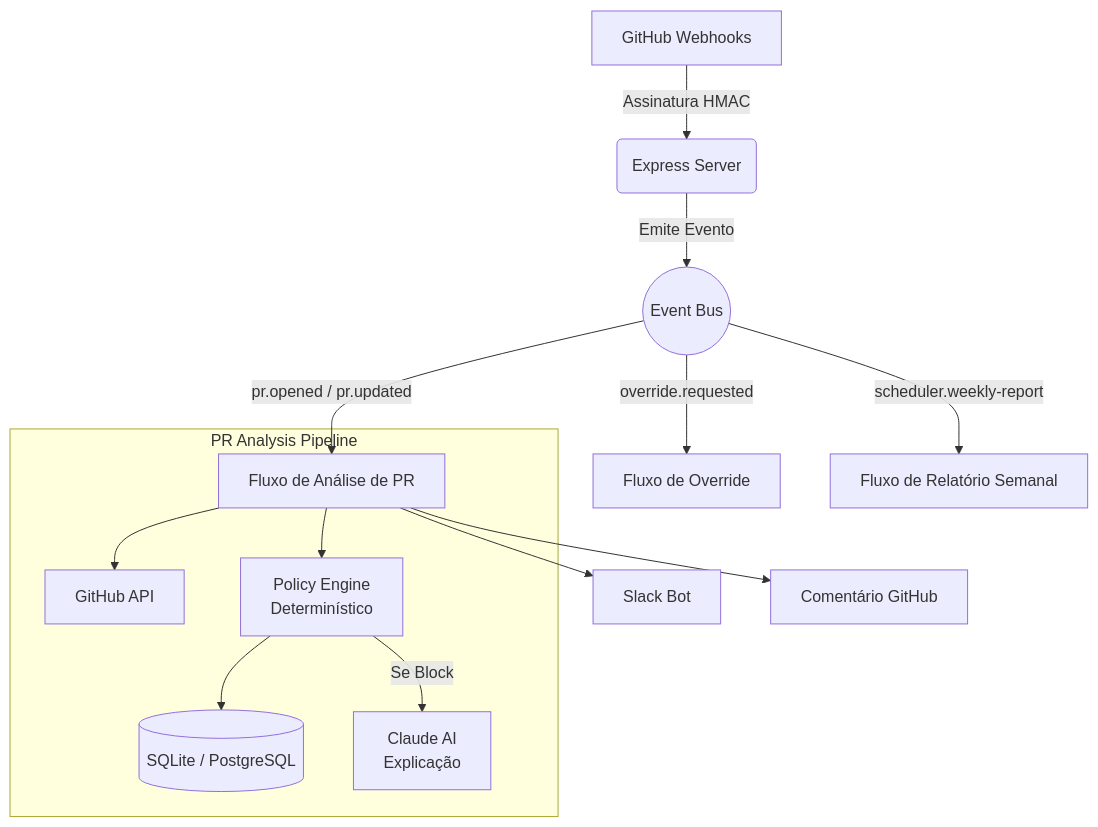
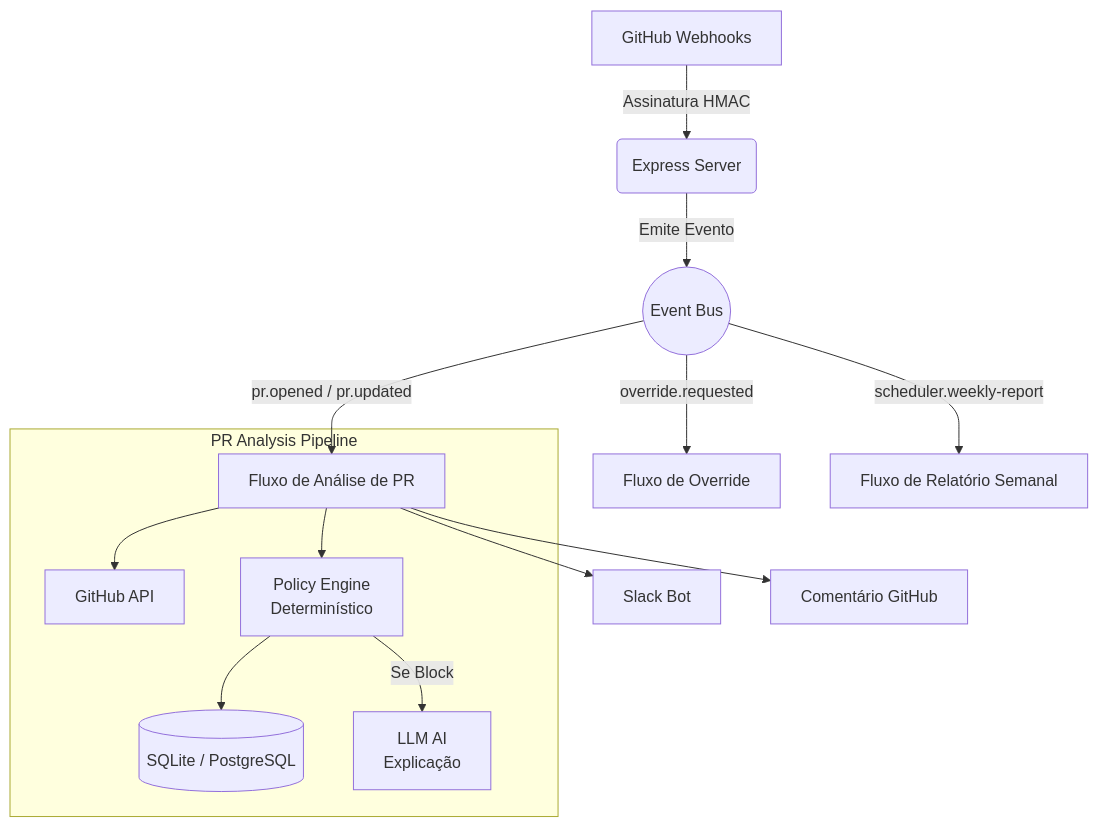
One commit to LorranOliveiraD/sentinel changed the diagram in README.md. Above: the diagram before and after it, drawn with Mermaid. The commit also changed other lines of this file, not shown here.

Commit message:
docs: update AI requirements to use any LLM

````diff
--- a/README.md
+++ b/README.md
@@ -20,23 +20,23 @@
 ```mermaid
 graph TD
     %% Ingestion
     WH[GitHub Webhooks] -->|Assinatura HMAC| Server(Express Server)
     Server -->|Emite Evento| Bus((Event Bus))
 
     %% Flows
     Bus -->|pr.opened / pr.updated| PRFlow[Fluxo de Análise de PR]
     Bus -->|override.requested| OvFlow[Fluxo de Override]
     Bus -->|scheduler.weekly-report| WkFlow[Fluxo de Relatório Semanal]
 
     %% PR Analysis Pipeline
     subgraph PR Analysis Pipeline
         PRFlow --> API[GitHub API]
         PRFlow --> Policy[Policy Engine \n Determinístico]
         Policy --> DB[(SQLite / PostgreSQL)]
-        Policy -->|Se Block| Claude[Claude AI \n Explicação]
+        Policy -->|Se Block| LLM[LLM AI \n Explicação]
     end
 
     %% Notification Layer
     PRFlow --> Slack[Slack Bot]
     PRFlow --> GHComment[Comentário GitHub]
 ```
````
